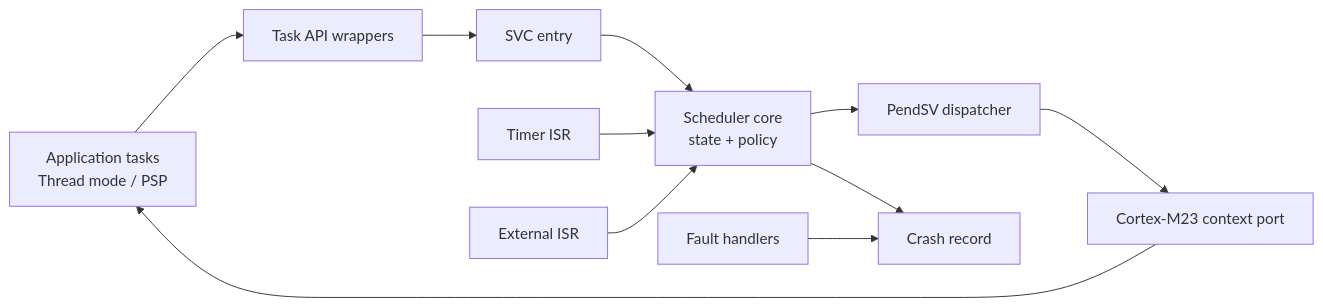
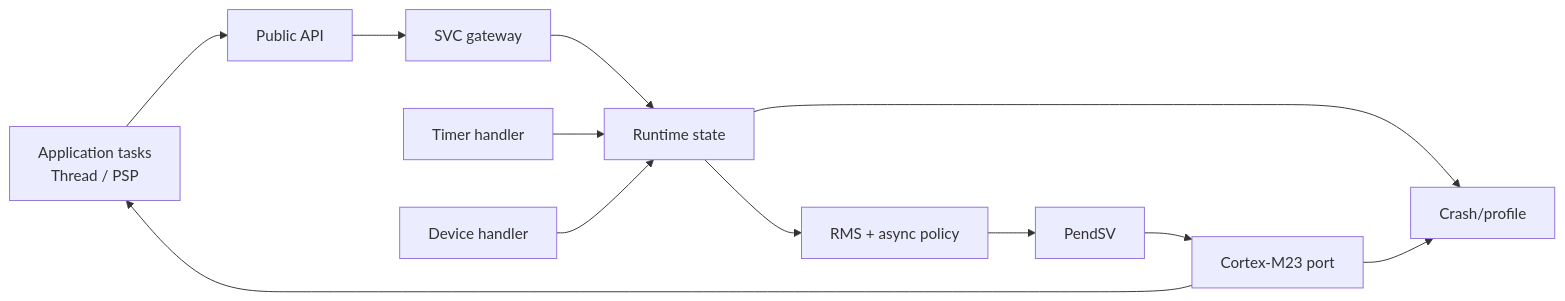
The first of 3 diagrams in architecture/A0-architecture-overview.md (tumblewhead/arghtos), drawn with Mermaid before and after one commit. The commit also changed other lines of this file, not shown here.

Commit message:
Align architecture overview with full SRAM residency and audited contracts

````diff
--- a/architecture/A0-architecture-overview.md
+++ b/architecture/A0-architecture-overview.md
@@ -59,20 +62,20 @@
 ```mermaid
 flowchart LR
-  APP["Application tasks<br/>Thread mode / PSP"]
-  API["Task API wrappers"]
-  SVC["SVC entry"]
-  CORE["Scheduler core<br/>state + policy"]
-  PEND["PendSV dispatcher"]
-  PORT["Cortex-M23 context port"]
-  TIMER["Timer ISR"]
-  EXT["External ISR"]
-  FAULT["Fault handlers"]
-  LOG["Crash record"]
+  APP["Application tasks<br/>Thread / PSP"]
+  API["Public API"]
+  SVC["SVC gateway"]
+  STATE["Runtime state"]
+  POLICY["RMS + async policy"]
+  PEND["PendSV"]
+  PORT["Cortex-M23 port"]
+  TIMER["Timer handler"]
+  DEV["Device handler"]
+  DIAG["Crash/profile"]
 
-  APP --> API --> SVC --> CORE
-  TIMER --> CORE
-  EXT --> CORE
-  CORE --> PEND --> PORT --> APP
-  FAULT --> LOG
-  CORE --> LOG
+  APP --> API --> SVC --> STATE
+  TIMER --> STATE
+  DEV --> STATE
+  STATE --> POLICY --> PEND --> PORT --> APP
+  STATE --> DIAG
+  PORT --> DIAG
 ```
````
